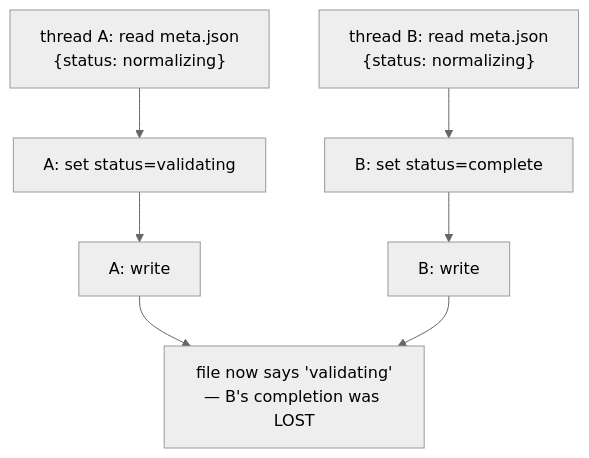
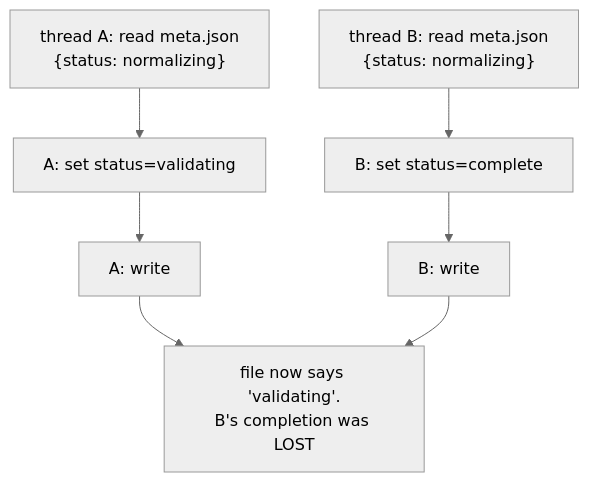
One commit to jennarbates/StratigraphyGenerator changed the diagram in docs/cs/race-conditions.md. Above: the diagram before and after it, drawn with Mermaid (neutral theme). The commit also changed other lines of this file and 309 other files, not shown here.

````diff
--- a/docs/cs/race-conditions.md
+++ b/docs/cs/race-conditions.md
@@ -37,9 +37,9 @@
 ```mermaid
 flowchart TB
   T1A["thread A: read meta.json<br/>{status: normalizing}"] --> T1B["A: set status=validating"]
   T2A["thread B: read meta.json<br/>{status: normalizing}"] --> T2B["B: set status=complete"]
   T1B --> T1C["A: write"]
   T2B --> T2C["B: write"]
-  T1C --> R["file now says 'validating'<br/>— B's completion was LOST"]
+  T1C --> R["file now says 'validating'.<br/>B's completion was LOST"]
   T2C --> R
 ```
````
